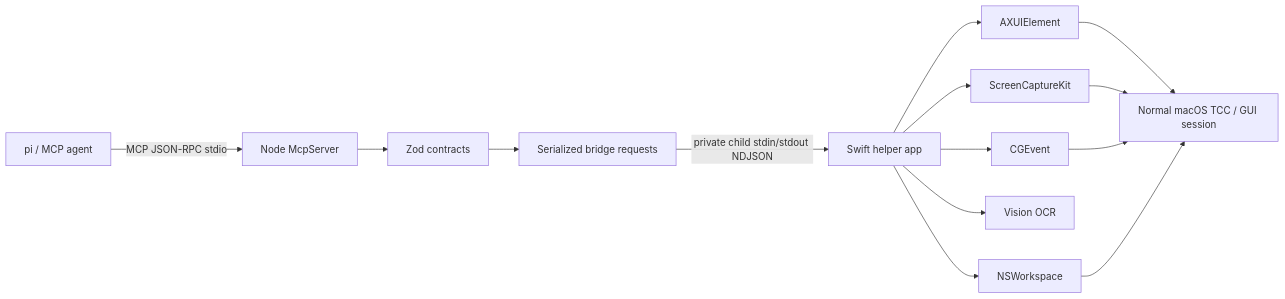
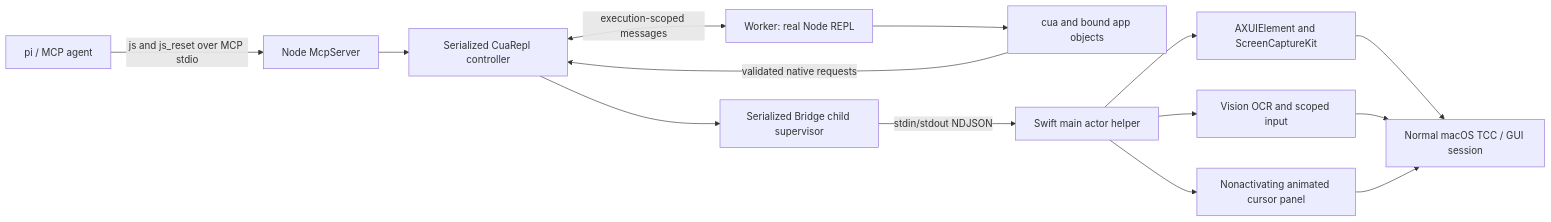
Before and after one commit to hhe48203-ctrl/independent-macos-computer-use: the diagram in docs/ARCHITECTURE.md, drawn with Mermaid. The commit also changed other lines of this file, not shown here.

Commit message:
docs: describe v1 worker facade and native cursor call chain

````diff
--- a/docs/ARCHITECTURE.md
+++ b/docs/ARCHITECTURE.md
@@ -3,13 +3,14 @@
 ```mermaid
 flowchart LR
-  A[pi / MCP agent] -->|MCP JSON-RPC stdio| B[Node McpServer]
-  B --> C[Zod contracts]
-  C --> D[Serialized bridge requests]
-  D -->|private child stdin/stdout NDJSON| E[Swift helper app]
-  E --> F[AXUIElement]
-  E --> G[ScreenCaptureKit]
-  E --> H[CGEvent]
-  E --> I[Vision OCR]
-  E --> J[NSWorkspace]
-  F & G & H & J --> K[Normal macOS TCC / GUI session]
+  A[pi / MCP agent] -->|js and js_reset over MCP stdio| B[Node McpServer]
+  B --> C[Serialized CuaRepl controller]
+  C <-->|execution-scoped messages| D[Worker: real Node REPL]
+  D --> E[cua and bound app objects]
+  E -->|validated native requests| C
+  C --> F[Serialized Bridge child supervisor]
+  F -->|stdin/stdout NDJSON| G[Swift main actor helper]
+  G --> H[AXUIElement and ScreenCaptureKit]
+  G --> I[Vision OCR and scoped input]
+  G --> J[Nonactivating animated cursor panel]
+  H & I & J --> K[Normal macOS TCC / GUI session]
 ```
````
